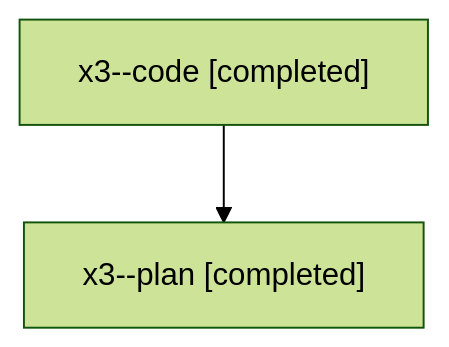
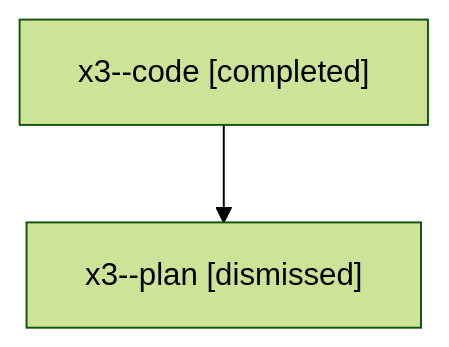
Before and after one commit to sase-org/sase--agents: the diagram in families/bbugyi200.athena.x3.md, drawn with Mermaid (forest theme). The commit also changed other lines of this file and 2170 other files, not shown here.

````diff
--- a/families/bbugyi200.athena.x3.md
+++ b/families/bbugyi200.athena.x3.md
@@ -9,6 +9,6 @@
 ```mermaid
 flowchart TD
   n0["x3--code [completed]"]
-  n1["x3--plan [completed]"]
+  n1["x3--plan [dismissed]"]
   n0 --> n1
 ```
````
